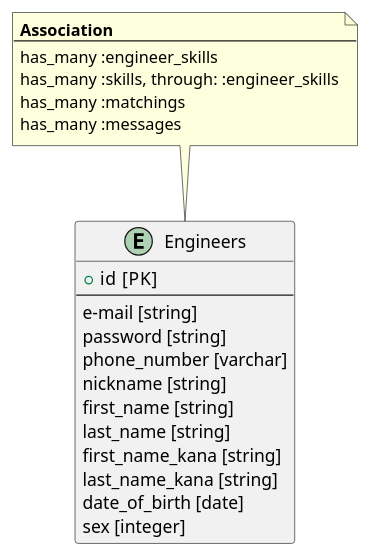
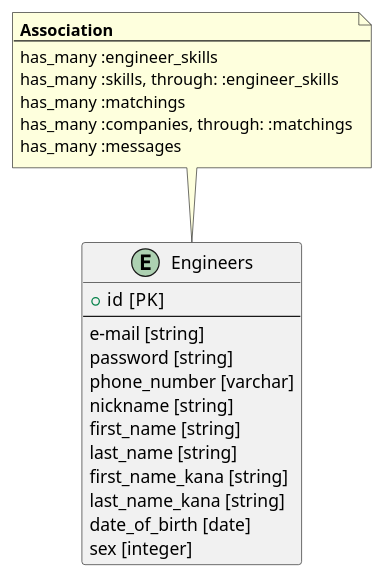
One commit to Error4577/skillmatch-03 changed the diagram in plantuml/tables/engineer.pu. Above: the diagram before and after it, drawn with PlantUML. The commit also changed 1 other file, not shown here.

```diff
--- a/plantuml/tables/engineer.pu
+++ b/plantuml/tables/engineer.pu
@@ -1,27 +1,28 @@
 @startuml engineer
 
 entity "Engineers" as engineer {
   +id  [PK]
   --
   e-mail [string]
   password [string]
   phone_number [varchar]
   nickname [string]
   first_name [string]
   last_name [string]
   first_name_kana [string]
   last_name_kana [string]
   date_of_birth [date]
   sex [integer]
 }
 
 note top
   **Association**
   --
   has_many :engineer_skills
   has_many :skills, through: :engineer_skills
   has_many :matchings
+  has_many :companies, through: :matchings
   has_many :messages
 end note
 
 @enduml
```
